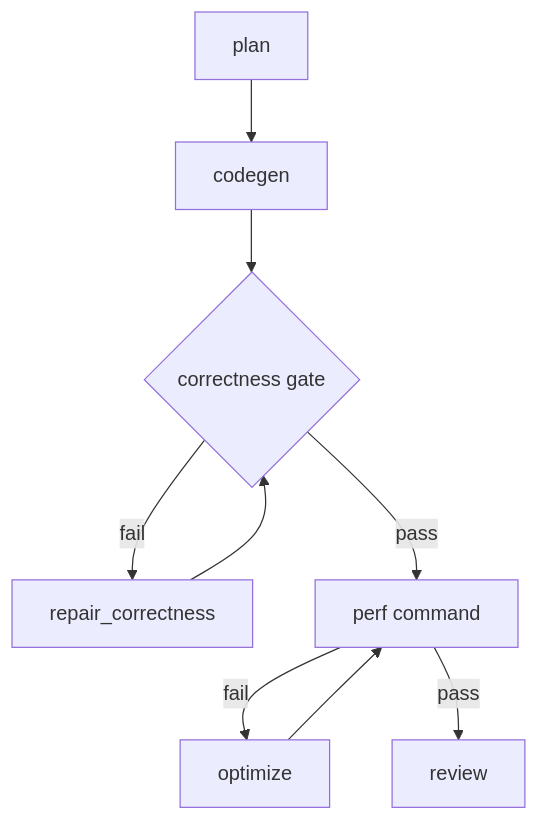
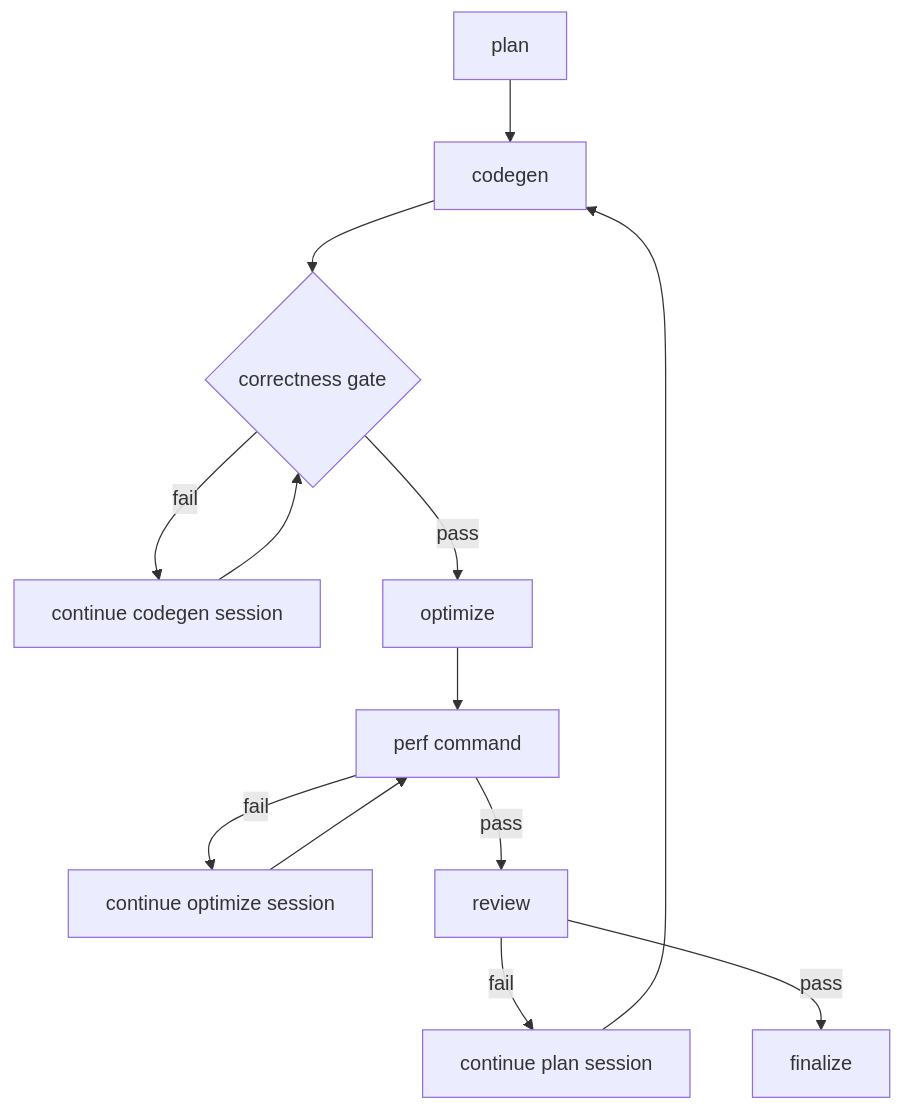
Before and after one commit to brilliantrough/loop-workflow-kit: the diagram in workflows/operator-dsl-loop/README.md, drawn with Mermaid. The commit also changed other lines of this file and 1 other file, not shown here.

First line of the commit message:
Reshape operator workflow graph

````diff
--- a/workflows/operator-dsl-loop/README.md
+++ b/workflows/operator-dsl-loop/README.md
@@ -9,11 +9,15 @@
 ```mermaid
 flowchart TD
   A[plan] --> B[codegen]
   B --> C{correctness gate}
-  C -- fail --> D[repair_correctness]
-  D --> C
-  C -- pass --> E[perf command]
-  E -- fail --> F[optimize]
+  C -- fail --> B2[continue codegen session]
+  B2 --> C
+  C -- pass --> O[optimize]
+  O --> E[perf command]
+  E -- fail --> F[continue optimize session]
   F --> E
   E -- pass --> G[review]
+  G -- fail --> A2[continue plan session]
+  A2 --> B
+  G -- pass --> H[finalize]
 ```
````
